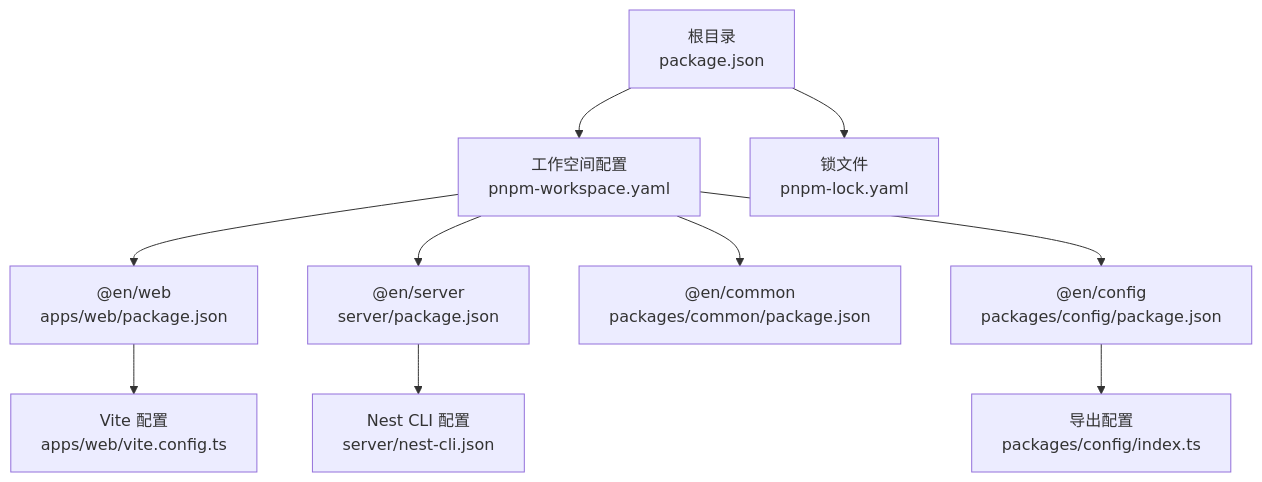
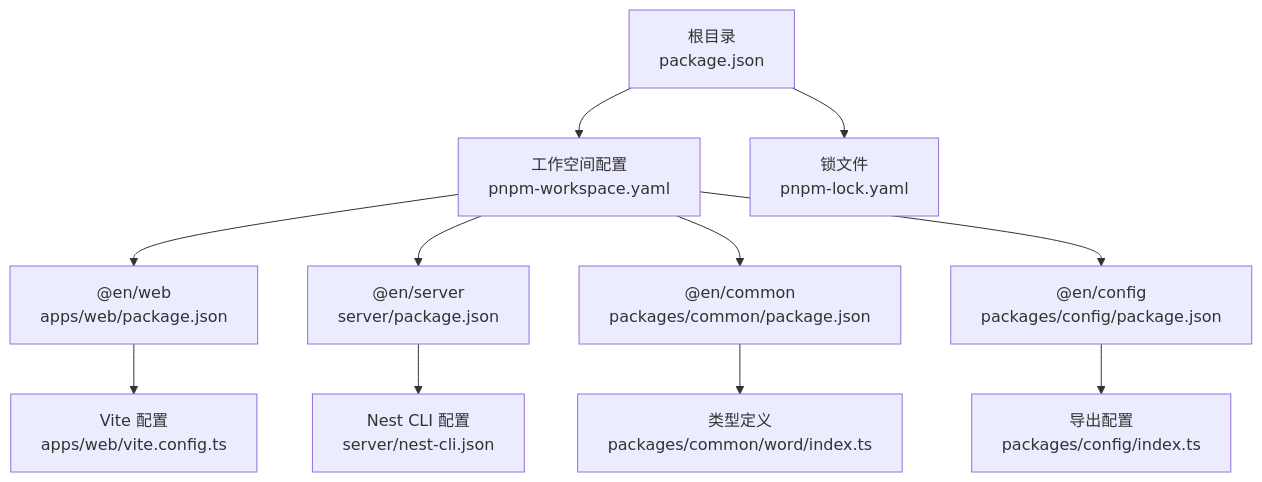
Before and after one commit to LihaoZDB/English-Study: the first of 7 diagrams in .qoder/repowiki/zh/content/配置管理/包管理配置.md, drawn with Mermaid. The commit also changed other lines of this file and 6 other files, not shown here.

````diff
--- a/.qoder/repowiki/zh/content/配置管理/包管理配置.md
+++ b/.qoder/repowiki/zh/content/配置管理/包管理配置.md
@@ -39,12 +50,13 @@
 ```mermaid
 graph TB
 Root["根目录<br/>package.json"] --> WS["工作空间配置<br/>pnpm-workspace.yaml"]
 Root --> Lock["锁文件<br/>pnpm-lock.yaml"]
 WS --> Web["@en/web<br/>apps/web/package.json"]
 WS --> Server["@en/server<br/>server/package.json"]
 WS --> PkgCommon["@en/common<br/>packages/common/package.json"]
 WS --> PkgConfig["@en/config<br/>packages/config/package.json"]
 Web --> ViteCfg["Vite 配置<br/>apps/web/vite.config.ts"]
 Server --> NestCli["Nest CLI 配置<br/>server/nest-cli.json"]
 PkgConfig --> CfgIndex["导出配置<br/>packages/config/index.ts"]
+PkgCommon --> WordTypes["类型定义<br/>packages/common/word/index.ts"]
 ```
````
